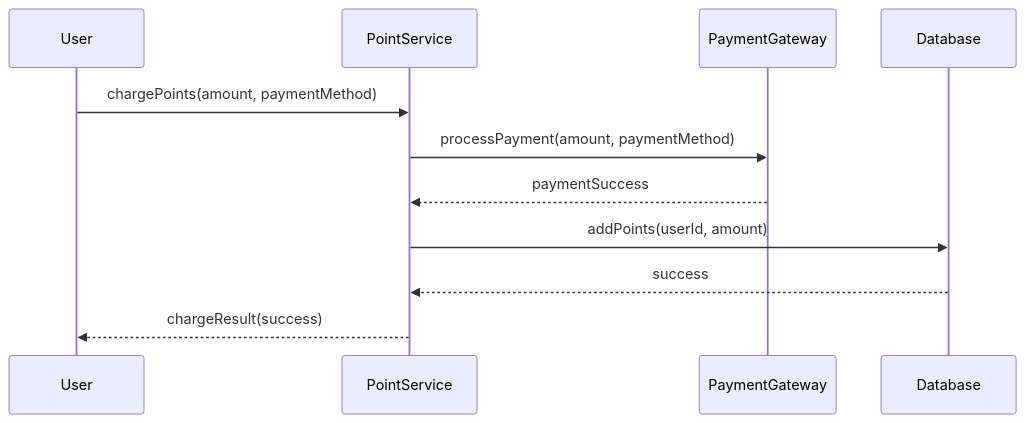
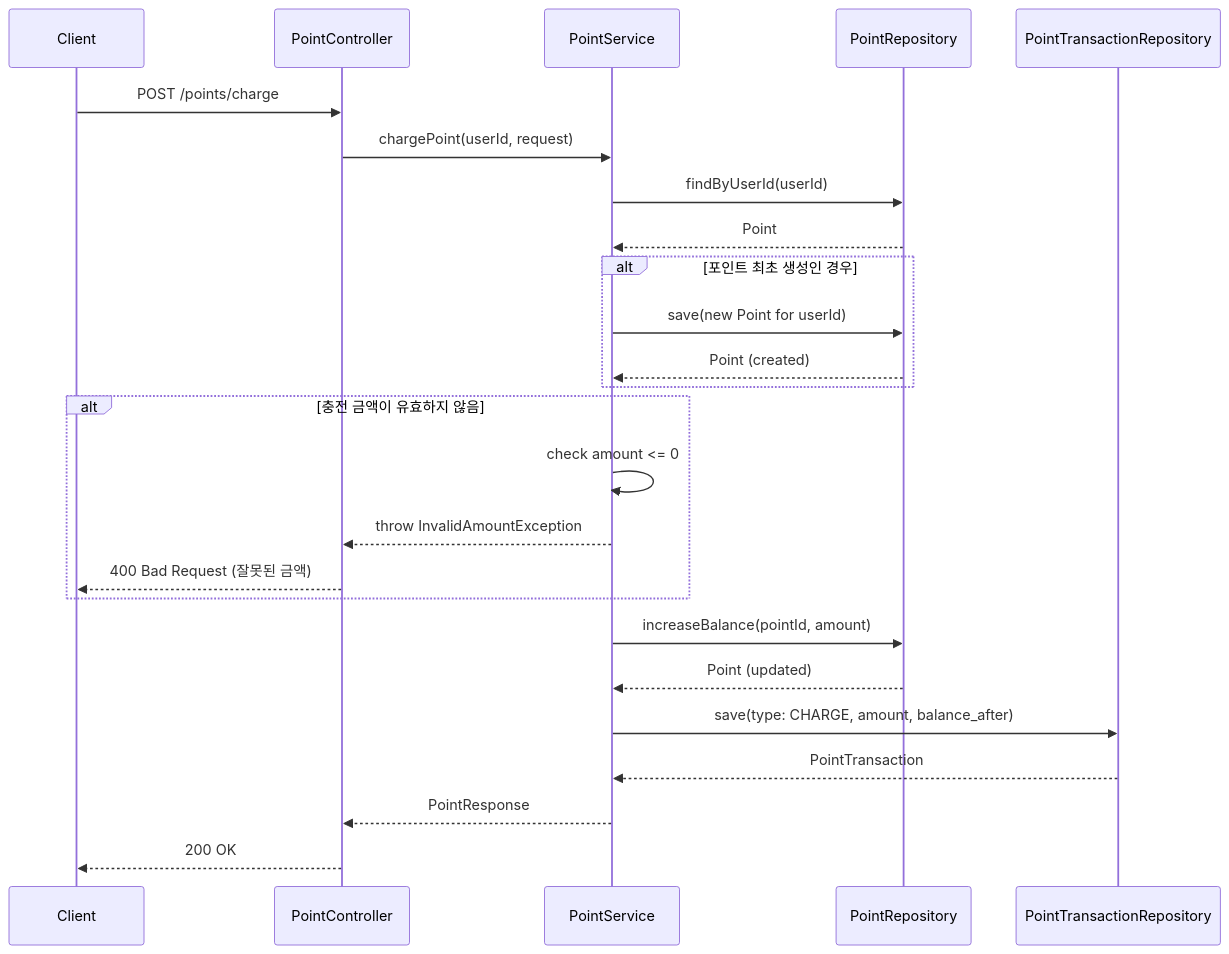
Before and after one commit to kmkim2051/hh-ecommerce: the fourth of 4 diagrams in docs/03.sequence_diagram.md, drawn with Mermaid. The commit also changed other lines of this file, not shown here.

Commit message:
[Docs] 시퀀스 다이어그램 간략화된 오류(ai) 수정

````diff
--- a/docs/03.sequence_diagram.md
+++ b/docs/03.sequence_diagram.md
@@ -109,14 +219,34 @@
 ```mermaid
 sequenceDiagram
-participant User
-participant PointService
-participant PaymentGateway
-participant Database
+    participant Client
+    participant PointController
+    participant PointService
+    participant PointRepository
+    participant PointTransactionRepository
 
-User->>PointService: chargePoints(amount, paymentMethod)
-PointService->>PaymentGateway: processPayment(amount, paymentMethod)
-PaymentGateway-->>PointService: paymentSuccess
-PointService->>Database: addPoints(userId, amount)
-Database-->>PointService: success
-PointService-->>User: chargeResult(success)
+    Client->>PointController: POST /points/charge
+    PointController->>PointService: chargePoint(userId, request)
+        
+    PointService->>PointRepository: findByUserId(userId)
+    PointRepository-->>PointService: Point
+    
+    alt 포인트 최초 생성인 경우
+        PointService->>PointRepository: save(new Point for userId)
+        PointRepository-->>PointService: Point (created)
+    end
+    
+    alt 충전 금액이 유효하지 않음
+        PointService->>PointService: check amount <= 0
+        PointService-->>PointController: throw InvalidAmountException
+        PointController-->>Client: 400 Bad Request (잘못된 금액)
+    end
+    
+    PointService->>PointRepository: increaseBalance(pointId, amount)
+    PointRepository-->>PointService: Point (updated)
+    
+    PointService->>PointTransactionRepository: save(type: CHARGE, amount, balance_after)
+    PointTransactionRepository-->>PointService: PointTransaction
+        
+    PointService-->>PointController: PointResponse
+    PointController-->>Client: 200 OK
 ```
````
